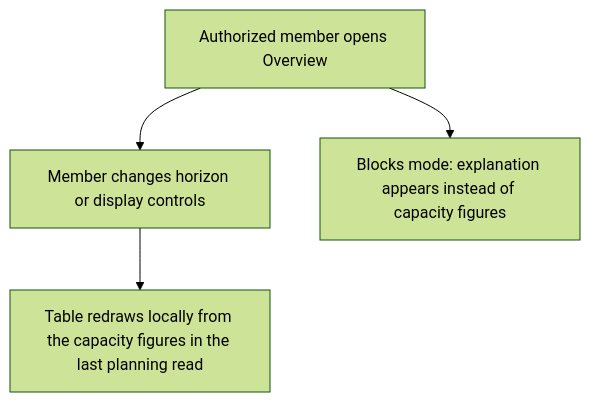
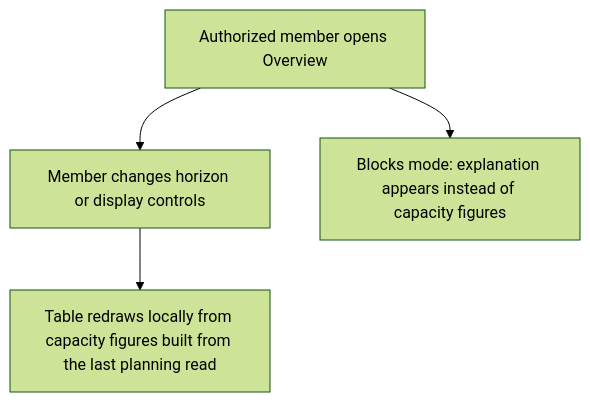
One commit to Kevinjohn/capacitylens changed the first of 2 diagrams in user-stories/capacity-overview/US-CAP-01-review-four-week-capacity.md. Above: the diagram before and after it, drawn with Mermaid (forest theme). The commit also changed other lines of this file and 68 other files, not shown here.

First line of the commit message:
Derive planning capacity in the browser and skip unchanged reads

````diff
--- a/user-stories/capacity-overview/US-CAP-01-review-four-week-capacity.md
+++ b/user-stories/capacity-overview/US-CAP-01-review-four-week-capacity.md
@@ -27,10 +27,10 @@
 ```mermaid
 flowchart TD
   A["Authorized member opens Overview"]
   B["Member changes horizon or display controls"]
-  C["Table redraws locally from the capacity figures in the last planning read"]
+  C["Table redraws locally from capacity figures built from the last planning read"]
   D["Blocks mode: explanation appears instead of capacity figures"]
   A --> B
   B --> C
   A --> D
 ```
````
